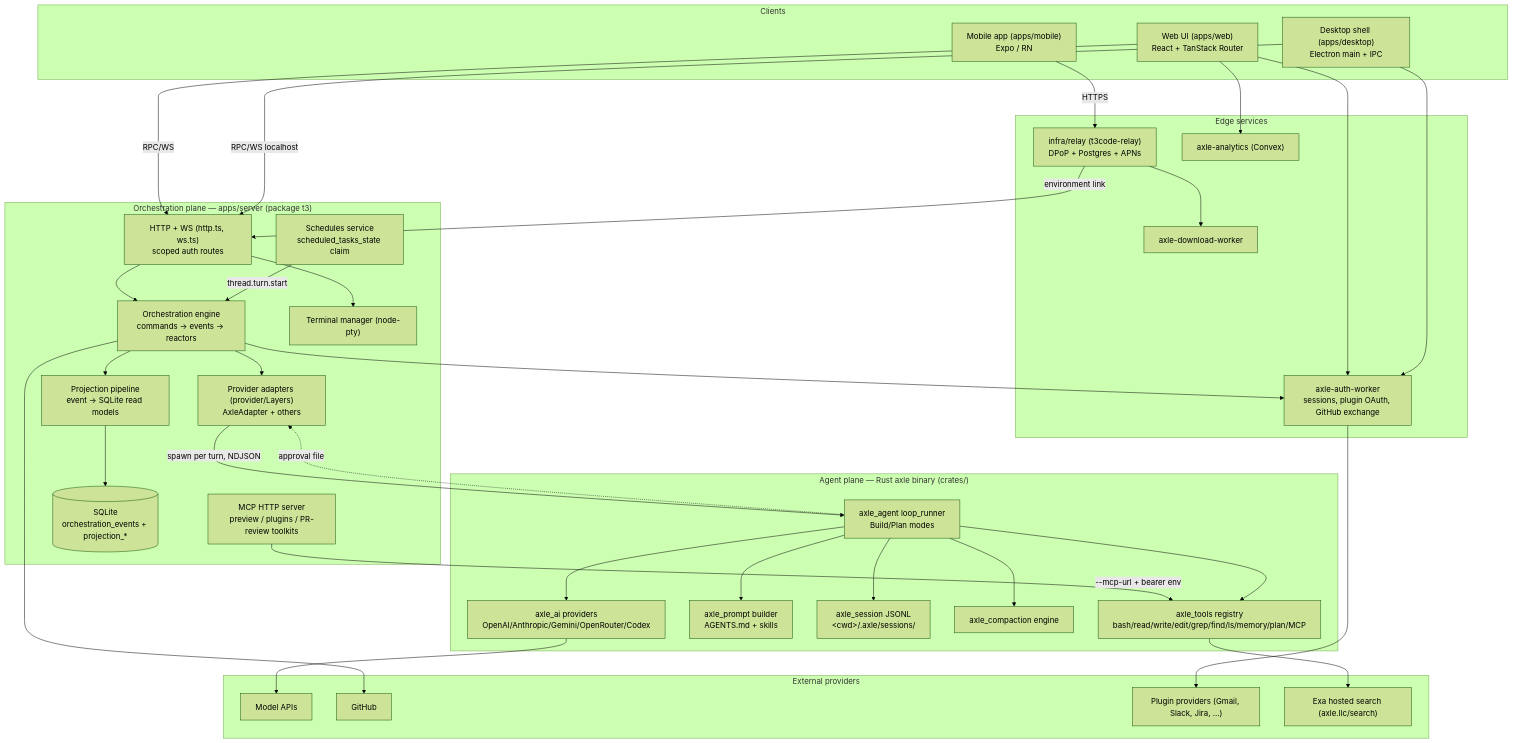
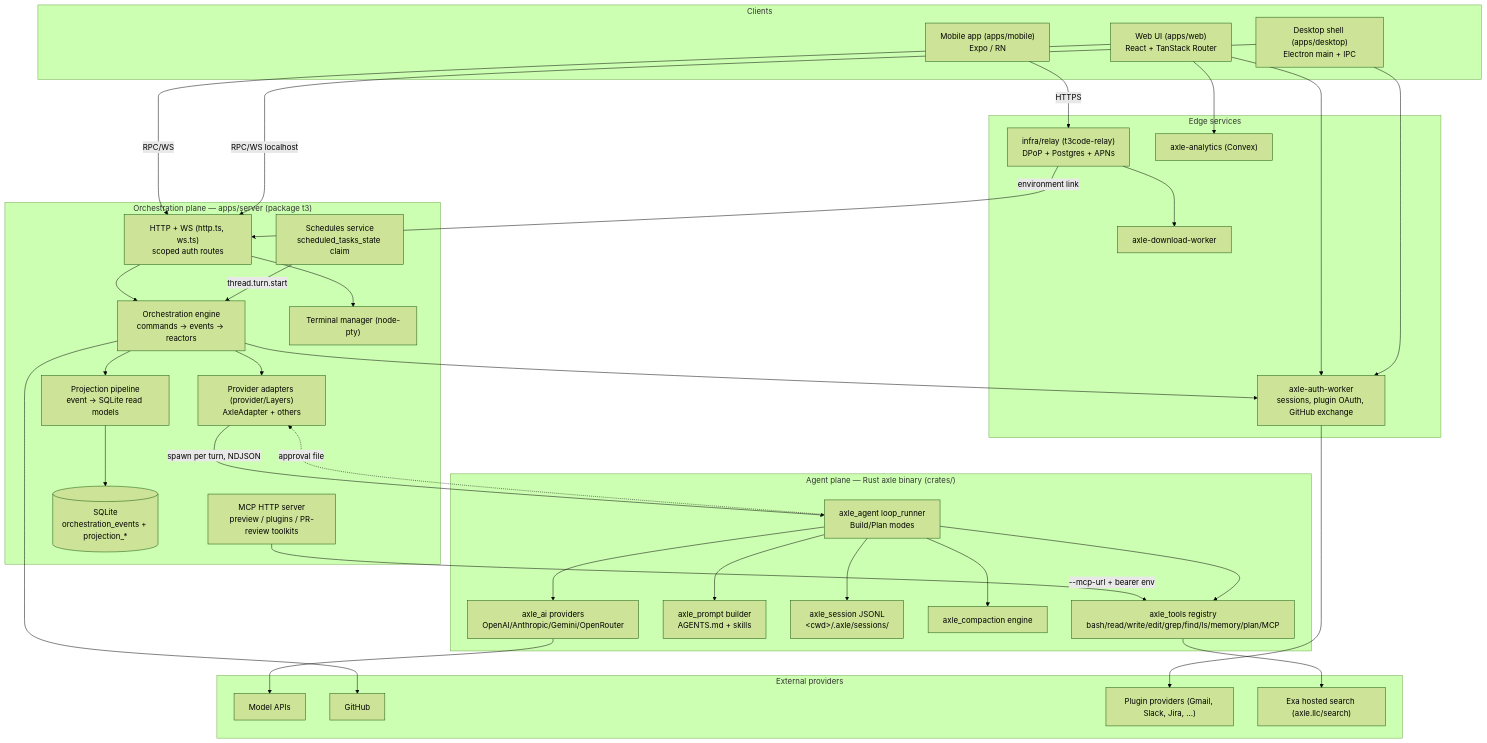
One commit to sakabuilds/AxleCode changed the first of 4 diagrams in docs/codebase-intelligence/02-system-architecture.md. Above: the diagram before and after it, drawn with Mermaid (forest theme).

Commit message:
docs: update system architecture

````diff
--- a/docs/codebase-intelligence/02-system-architecture.md
+++ b/docs/codebase-intelligence/02-system-architecture.md
@@ -18,66 +18,66 @@
 ```mermaid
 flowchart TB
   subgraph Clients
     WEB["Web UI (apps/web)<br/>React + TanStack Router"]
     DESK["Desktop shell (apps/desktop)<br/>Electron main + IPC"]
     MOB["Mobile app (apps/mobile)<br/>Expo / RN"]
   end
 
   subgraph Orchestration["Orchestration plane — apps/server (package t3)"]
     HTTP["HTTP + WS (http.ts, ws.ts)<br/>scoped auth routes"]
     ORCH["Orchestration engine<br/>commands → events → reactors"]
     PROJ["Projection pipeline<br/>event → SQLite read models"]
     ADP["Provider adapters (provider/Layers)<br/>AxleAdapter + others"]
     MCP["MCP HTTP server<br/>preview / plugins / PR-review toolkits"]
     SCHED["Schedules service<br/>scheduled_tasks_state claim"]
     TERM["Terminal manager (node-pty)"]
     DB[("SQLite<br/>orchestration_events + projection_*")]
   end
 
   subgraph Agent["Agent plane — Rust axle binary (crates/)"]
     LOOP["axle_agent loop_runner<br/>Build/Plan modes"]
     TOOLS["axle_tools registry<br/>bash/read/write/edit/grep/find/ls/memory/plan/MCP"]
     PROMPT["axle_prompt builder<br/>AGENTS.md + skills"]
     SESS["axle_session JSONL<br/>&lt;cwd&gt;/.axle/sessions/"]
     COMP["axle_compaction engine"]
-    AICLIENT["axle_ai providers<br/>OpenAI/Anthropic/Gemini/OpenRouter/Codex"]
+    AICLIENT["axle_ai providers<br/>OpenAI/Anthropic/Gemini/OpenRouter"]
   end
 
   subgraph Cloud["Edge services"]
     AUTH["axle-auth-worker<br/>sessions, plugin OAuth, GitHub exchange"]
     RELAY["infra/relay (t3code-relay)<br/>DPoP + Postgres + APNs"]
     DOWN["axle-download-worker"]
     ANALYTICS["axle-analytics (Convex)"]
   end
 
   subgraph External["External providers"]
     LLMS["Model APIs"]
     GH["GitHub"]
     OAUTHP["Plugin providers (Gmail, Slack, Jira, …)"]
     EXA["Exa hosted search (axle.llc/search)"]
   end
 
   WEB -->|RPC/WS| HTTP
   DESK -->|RPC/WS localhost| HTTP
   MOB -->|HTTPS| RELAY
   RELAY -->|environment link| HTTP
   HTTP --> ORCH --> PROJ --> DB
   ORCH --> ADP -->|spawn per turn, NDJSON| LOOP
   MCP -->|--mcp-url + bearer env| TOOLS
   LOOP --> TOOLS
   LOOP --> PROMPT
   LOOP --> SESS
   LOOP --> COMP
   LOOP --> AICLIENT --> LLMS
   TOOLS --> EXA
   LOOP -.->|approval file| ADP
   SCHED -->|thread.turn.start| ORCH
   HTTP --> TERM
   WEB --> AUTH
   DESK --> AUTH
   ORCH --> AUTH
   ORCH --> GH
   AUTH --> OAUTHP
   RELAY --> DOWN
   WEB --> ANALYTICS
 ```
````
